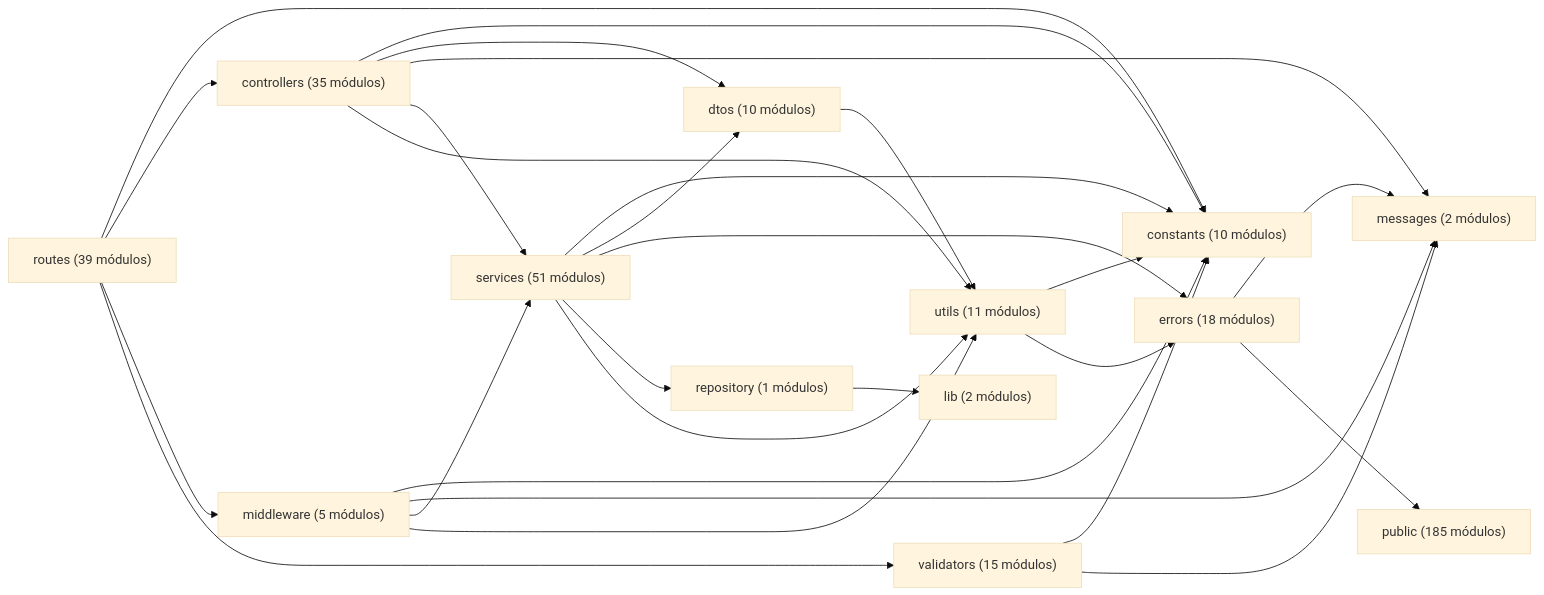
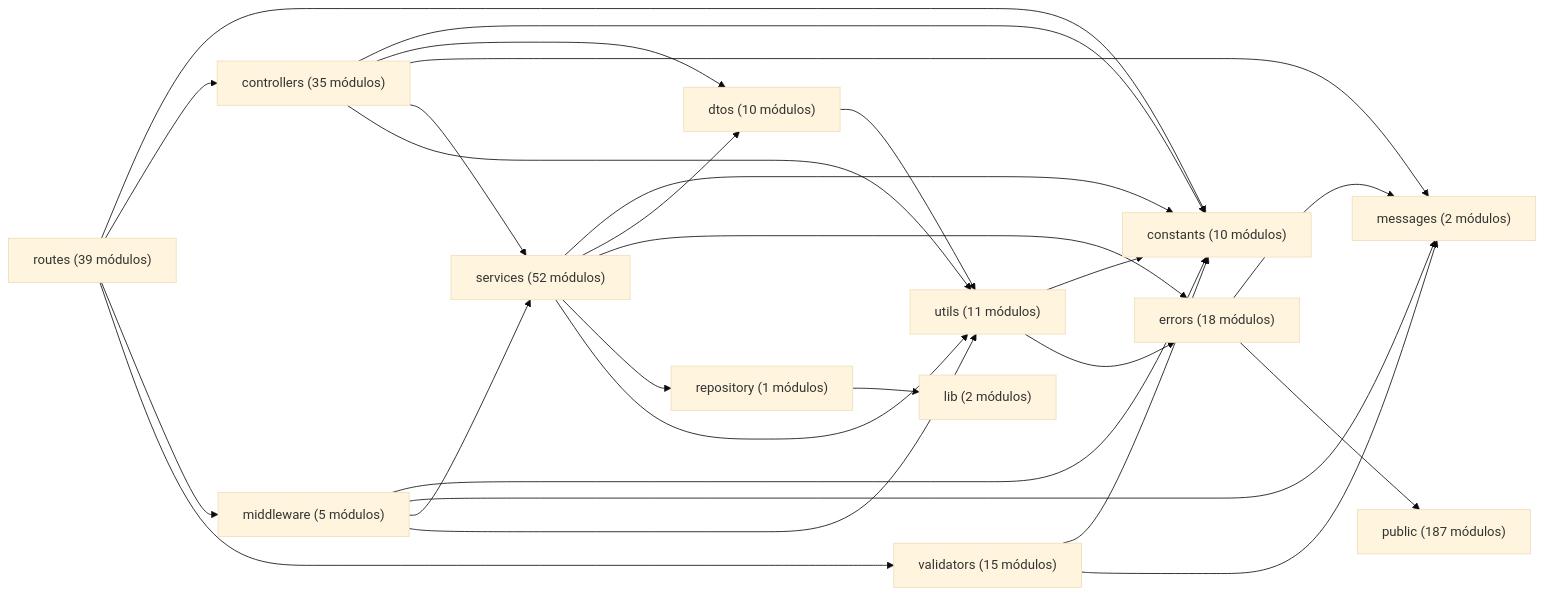
The diagram in docs/generated/code-map.md (gpgsistemas01/nexus), drawn with Mermaid (base theme) before and after one commit. The commit also changed other lines of this file and 92 other files, not shown here.

````diff
--- a/docs/generated/code-map.md
+++ b/docs/generated/code-map.md
@@ -15,29 +15,29 @@
 ```mermaid
 flowchart LR
     controllers["controllers (35 módulos)"] --> constants["constants (10 módulos)"]
     controllers["controllers (35 módulos)"] --> dtos["dtos (10 módulos)"]
     controllers["controllers (35 módulos)"] --> messages["messages (2 módulos)"]
-    controllers["controllers (35 módulos)"] --> services["services (51 módulos)"]
+    controllers["controllers (35 módulos)"] --> services["services (52 módulos)"]
     controllers["controllers (35 módulos)"] --> utils["utils (11 módulos)"]
     dtos["dtos (10 módulos)"] --> utils["utils (11 módulos)"]
     errors["errors (18 módulos)"] --> messages["messages (2 módulos)"]
-    errors["errors (18 módulos)"] --> public["public (185 módulos)"]
+    errors["errors (18 módulos)"] --> public["public (187 módulos)"]
     middleware["middleware (5 módulos)"] --> constants["constants (10 módulos)"]
     middleware["middleware (5 módulos)"] --> messages["messages (2 módulos)"]
-    middleware["middleware (5 módulos)"] --> services["services (51 módulos)"]
+    middleware["middleware (5 módulos)"] --> services["services (52 módulos)"]
     middleware["middleware (5 módulos)"] --> utils["utils (11 módulos)"]
     repository["repository (1 módulos)"] --> lib["lib (2 módulos)"]
     routes["routes (39 módulos)"] --> constants["constants (10 módulos)"]
     routes["routes (39 módulos)"] --> controllers["controllers (35 módulos)"]
     routes["routes (39 módulos)"] --> middleware["middleware (5 módulos)"]
     routes["routes (39 módulos)"] --> validators["validators (15 módulos)"]
-    services["services (51 módulos)"] --> constants["constants (10 módulos)"]
-    services["services (51 módulos)"] --> dtos["dtos (10 módulos)"]
-    services["services (51 módulos)"] --> errors["errors (18 módulos)"]
-    services["services (51 módulos)"] --> repository["repository (1 módulos)"]
-    services["services (51 módulos)"] --> utils["utils (11 módulos)"]
+    services["services (52 módulos)"] --> constants["constants (10 módulos)"]
+    services["services (52 módulos)"] --> dtos["dtos (10 módulos)"]
+    services["services (52 módulos)"] --> errors["errors (18 módulos)"]
+    services["services (52 módulos)"] --> repository["repository (1 módulos)"]
+    services["services (52 módulos)"] --> utils["utils (11 módulos)"]
     utils["utils (11 módulos)"] --> constants["constants (10 módulos)"]
     utils["utils (11 módulos)"] --> errors["errors (18 módulos)"]
     validators["validators (15 módulos)"] --> constants["constants (10 módulos)"]
     validators["validators (15 módulos)"] --> messages["messages (2 módulos)"]
 ```
````
